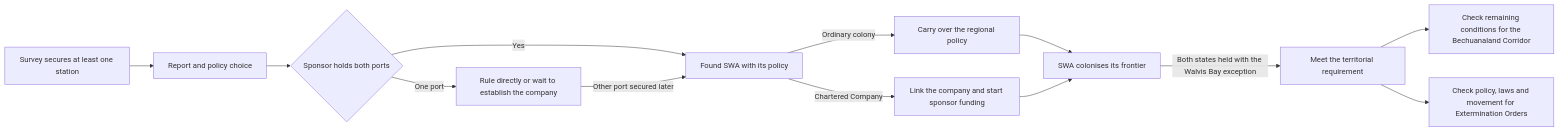
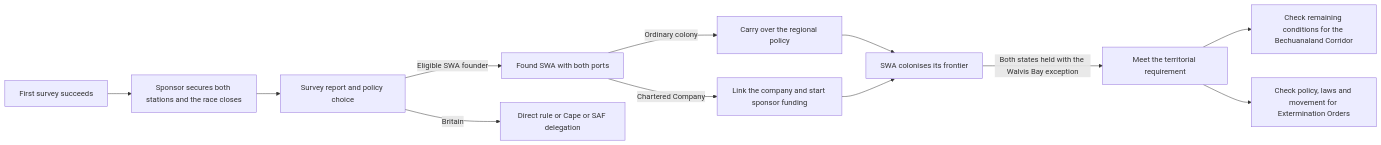
The second of 3 diagrams in Docs/bechuanaland_warren_and_swa_policy_design_2026_11_24.md (kaapse-tollie/spes-bona), drawn with Mermaid before and after one commit. The commit also changed other lines of this file and 81 other files, not shown here.

````diff
--- a/Docs/bechuanaland_warren_and_swa_policy_design_2026_11_24.md
+++ b/Docs/bechuanaland_warren_and_swa_policy_design_2026_11_24.md
@@ -68,15 +71,14 @@
 ```mermaid
 flowchart LR
-    A[Survey secures at least one station] --> B[Report and policy choice]
-    B --> C{Sponsor holds both ports}
-    C -->|Yes| D[Found SWA with its policy]
-    C -->|One port| E[Rule directly or wait to establish the company]
-    E -->|Other port secured later| D
+    A[First survey succeeds] --> B[Sponsor secures both stations and the race closes]
+    B --> C[Survey report and policy choice]
+    C -->|Eligible SWA founder| D[Found SWA with both ports]
+    C -->|Britain| K[Direct rule or Cape or SAF delegation]
     D -->|Ordinary colony| H[Carry over the regional policy]
     D -->|Chartered Company| I[Link the company and start sponsor funding]
     H --> F[SWA colonises its frontier]
     I --> F
     F -->|Both states held with the Walvis Bay exception| M[Meet the territorial requirement]
     M --> G[Check remaining conditions for the Bechuanaland Corridor]
     M --> J[Check policy, laws and movement for Extermination Orders]
 ```
````
